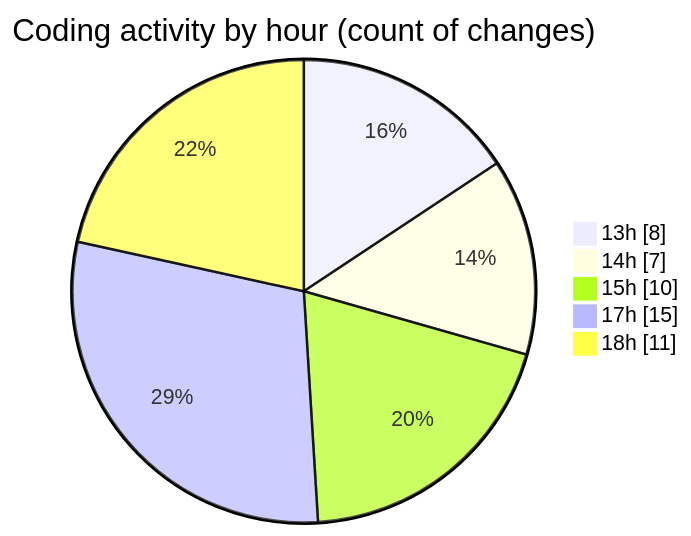
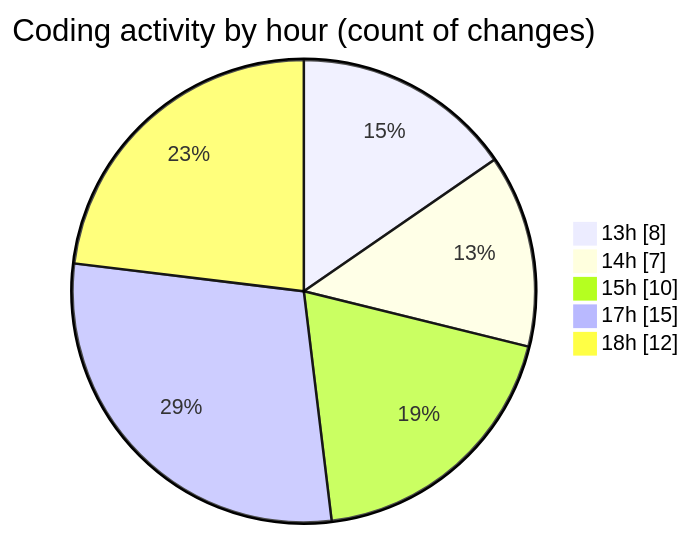
One commit to BS-eng2023/code-tracking changed the second of 2 diagrams in 2025-04-03/jsvms/README.md. Above: the diagram before and after it, drawn with Mermaid. The commit also changed other lines of this file and 1 other file, not shown here.

````diff
--- a/2025-04-03/jsvms/README.md
+++ b/2025-04-03/jsvms/README.md
@@ -39,9 +39,9 @@
 ```mermaid
 pie showData
 title Coding activity by hour (count of changes)
 "13h" : 8
 "14h" : 7
 "15h" : 10
 "17h" : 15
-"18h" : 11
+"18h" : 12
 ```
````
